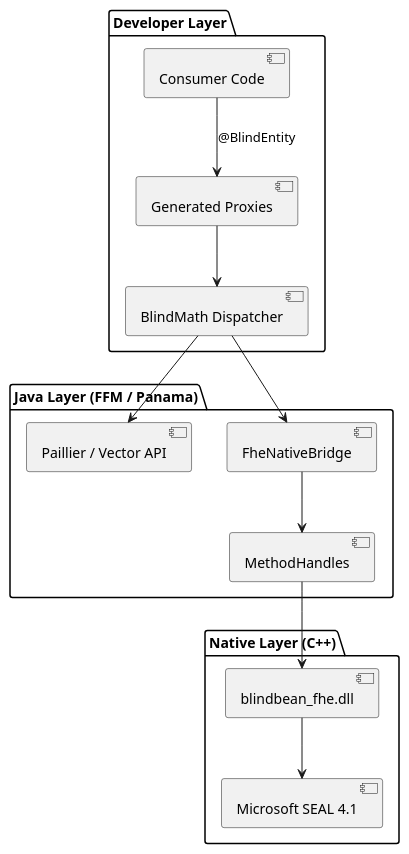
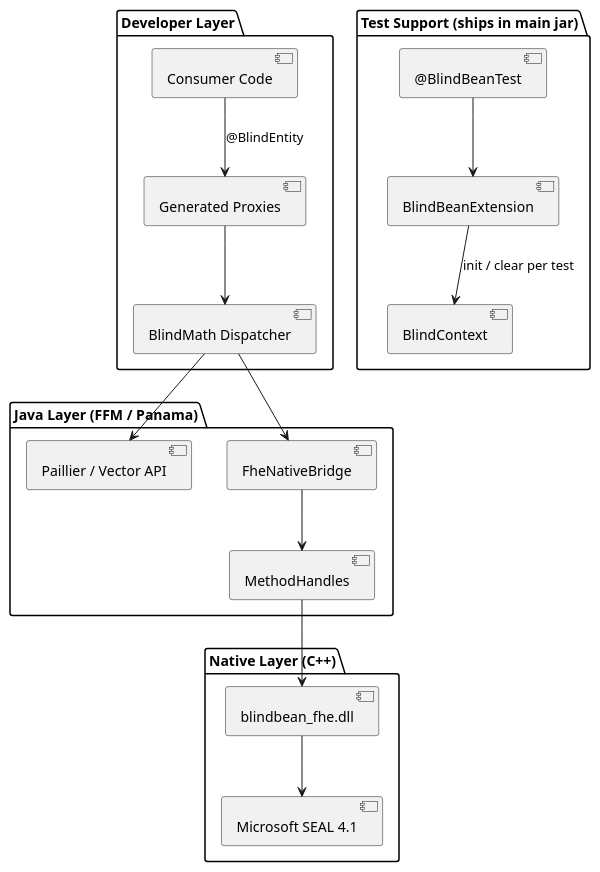
The first of 3 diagrams in docs/ARCHITECTURE.md (PIsberg/blindbean), drawn with PlantUML before and after one commit. The commit also changed other lines of this file and 1 other file, not shown here.

First line of the commit message:
docs: document the test-support layer, native diagnostics and CI gates

````diff
--- a/docs/ARCHITECTURE.md
+++ b/docs/ARCHITECTURE.md
@@ -9,19 +9,24 @@
 ```plantuml
 @startuml
 package "Developer Layer" {
     [Consumer Code] --> [Generated Proxies] : @BlindEntity
     [Generated Proxies] --> [BlindMath Dispatcher]
 }
 
 package "Java Layer (FFM / Panama)" {
     [BlindMath Dispatcher] --> [Paillier / Vector API]
     [BlindMath Dispatcher] --> [FheNativeBridge]
     [FheNativeBridge] --> [MethodHandles]
 }
 
 package "Native Layer (C++)" {
     [MethodHandles] --> [blindbean_fhe.dll]
     [blindbean_fhe.dll] --> [Microsoft SEAL 4.1]
 }
+
+package "Test Support (ships in main jar)" {
+    [@BlindBeanTest] --> [BlindBeanExtension]
+    [BlindBeanExtension] --> [BlindContext] : init / clear per test
+}
 @enduml
 ```
````
